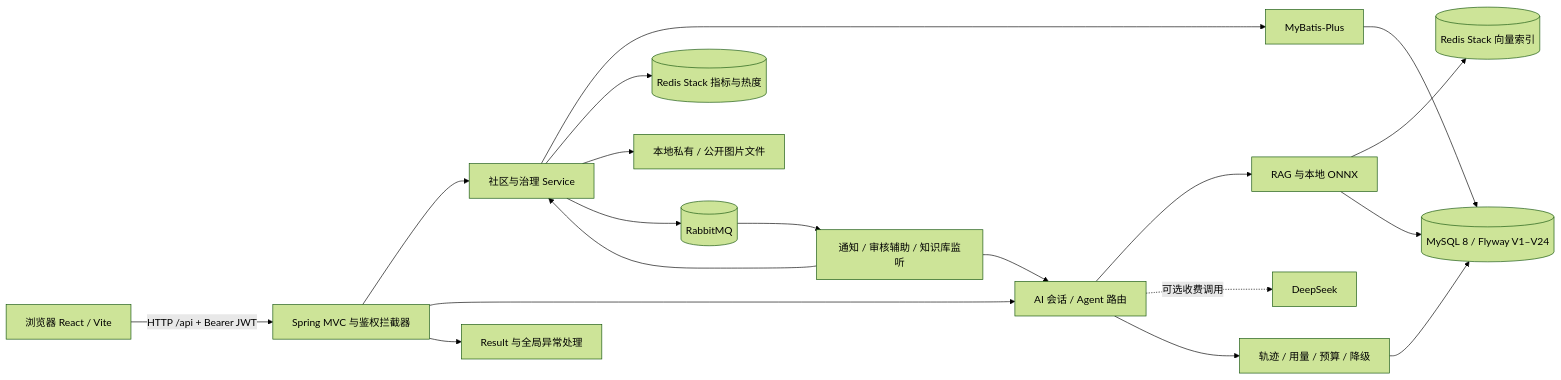
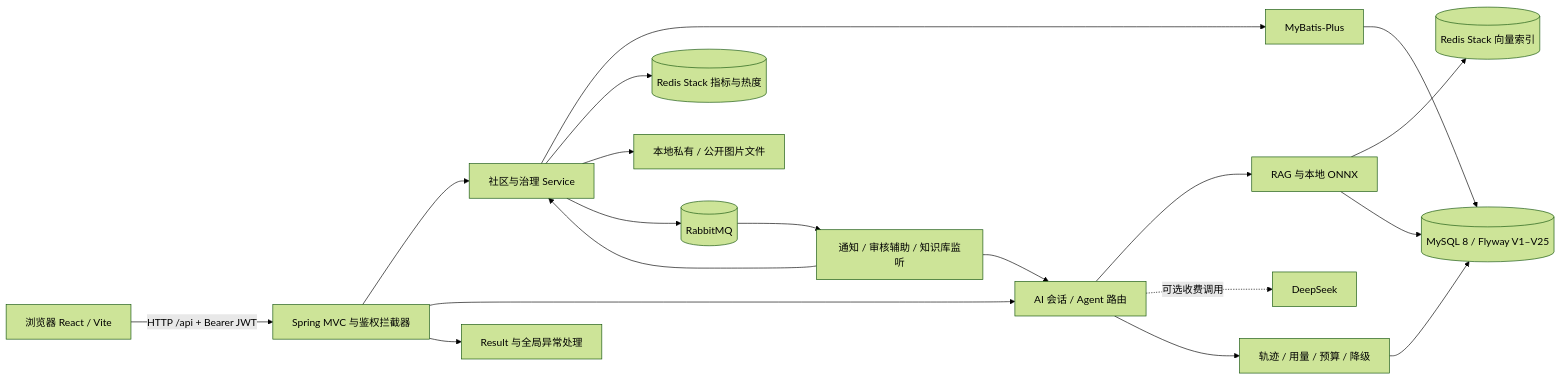
The diagram in docs/architecture.md (JJJJIU9999/BitForum), drawn with Mermaid (forest theme) before and after one commit. The commit also changed other lines of this file and 80 other files, not shown here.

````diff
--- a/docs/architecture.md
+++ b/docs/architecture.md
@@ -5,21 +5,21 @@
 ```mermaid
 flowchart LR
     Browser[浏览器 React / Vite] -->|HTTP /api + Bearer JWT| MVC[Spring MVC 与鉴权拦截器]
     MVC --> Service[社区与治理 Service]
     MVC --> AI[AI 会话 / Agent 路由]
     Service --> SQL[MyBatis-Plus]
-    SQL --> MySQL[(MySQL 8 / Flyway V1–V24)]
+    SQL --> MySQL[(MySQL 8 / Flyway V1–V25)]
     Service --> Redis[(Redis Stack 指标与热度)]
     Service --> Files[本地私有 / 公开图片文件]
     Service --> MQ[(RabbitMQ)]
     MQ --> Listeners[通知 / 审核辅助 / 知识库监听]
     Listeners --> Service
     Listeners --> AI
     AI --> RAG[RAG 与本地 ONNX]
     RAG --> Vector[(Redis Stack 向量索引)]
     RAG --> MySQL
     AI -. 可选收费调用 .-> Model[DeepSeek]
     AI --> Trace[轨迹 / 用量 / 预算 / 降级]
     Trace --> MySQL
     MVC --> Error[Result 与全局异常处理]
 ```
````
